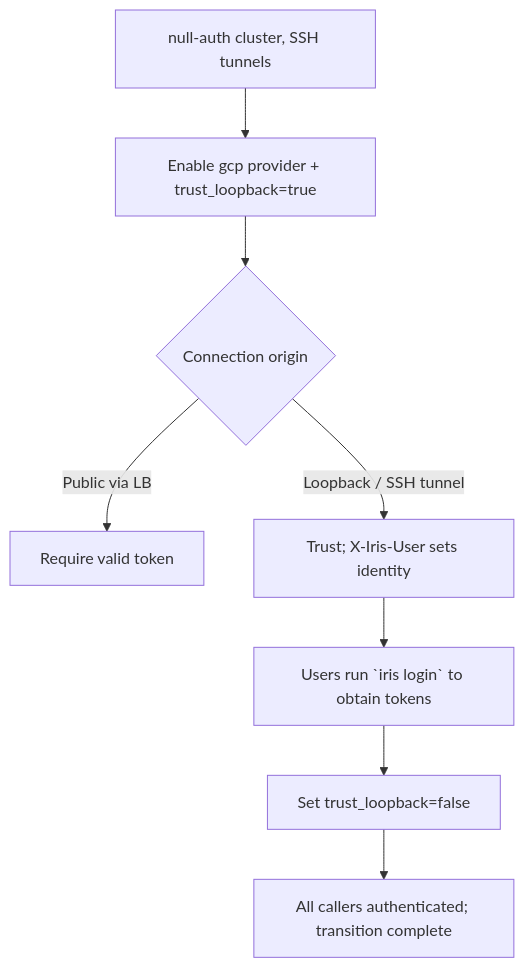
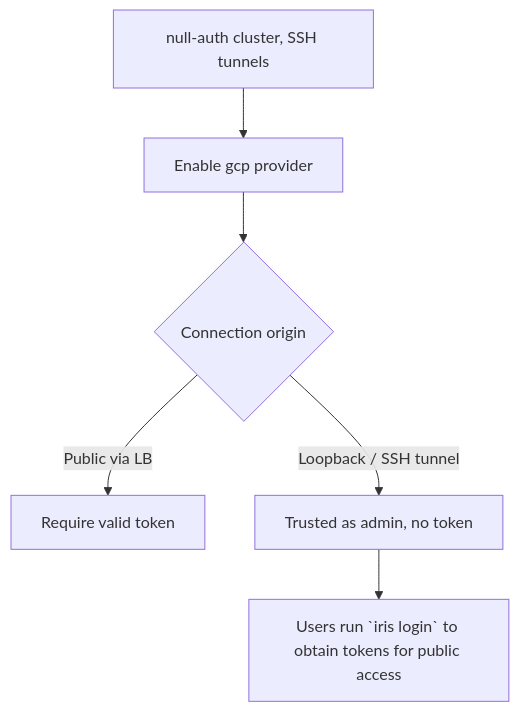
Before and after one commit to marin-community/marin: the diagram in lib/iris/docs/auth-loopback-transition.md, drawn with Mermaid. The commit also changed other lines of this file and 9 other files, not shown here.

````diff
--- a/lib/iris/docs/auth-loopback-transition.md
+++ b/lib/iris/docs/auth-loopback-transition.md
@@ -141,10 +131,8 @@
 ```mermaid
 flowchart TD
-    A[null-auth cluster, SSH tunnels] --> B[Enable gcp provider + trust_loopback=true]
+    A[null-auth cluster, SSH tunnels] --> B[Enable gcp provider]
     B --> C{Connection origin}
     C -->|Public via LB| D[Require valid token]
-    C -->|Loopback / SSH tunnel| E[Trust; X-Iris-User sets identity]
-    E --> F[Users run `iris login` to obtain tokens]
-    F --> G[Set trust_loopback=false]
-    G --> H[All callers authenticated; transition complete]
+    C -->|Loopback / SSH tunnel| E[Trusted as admin, no token]
+    E --> F[Users run `iris login` to obtain tokens for public access]
 ```
````
